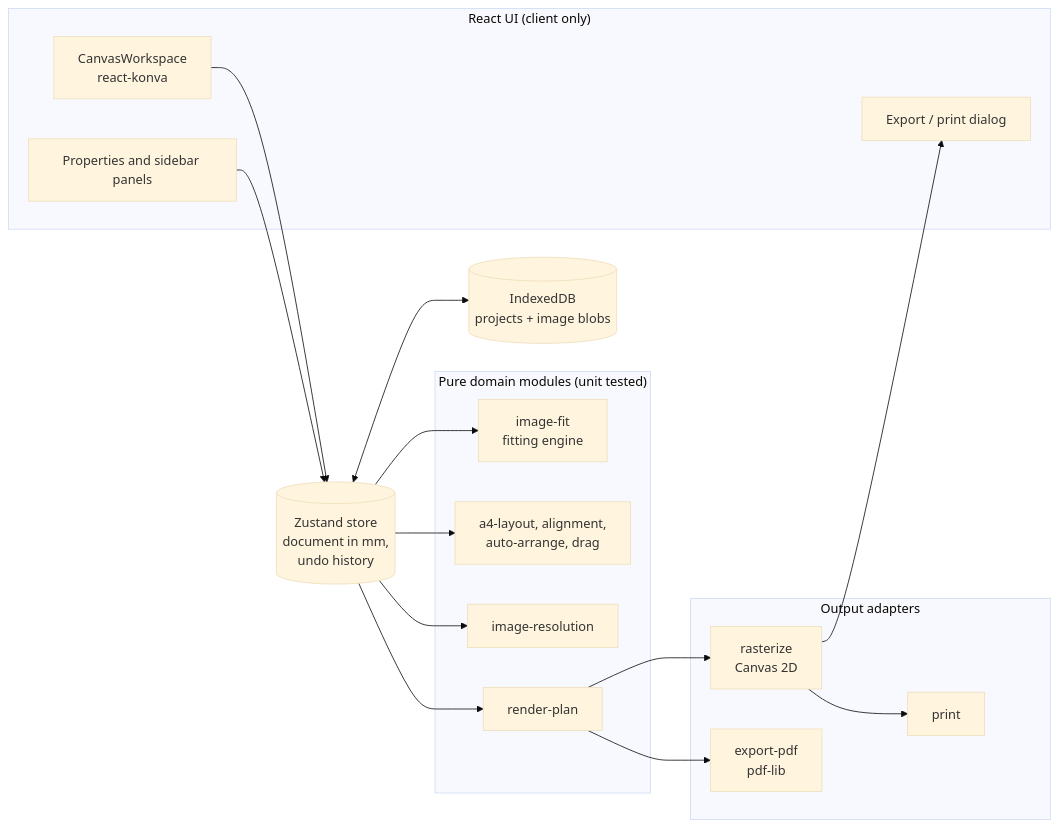
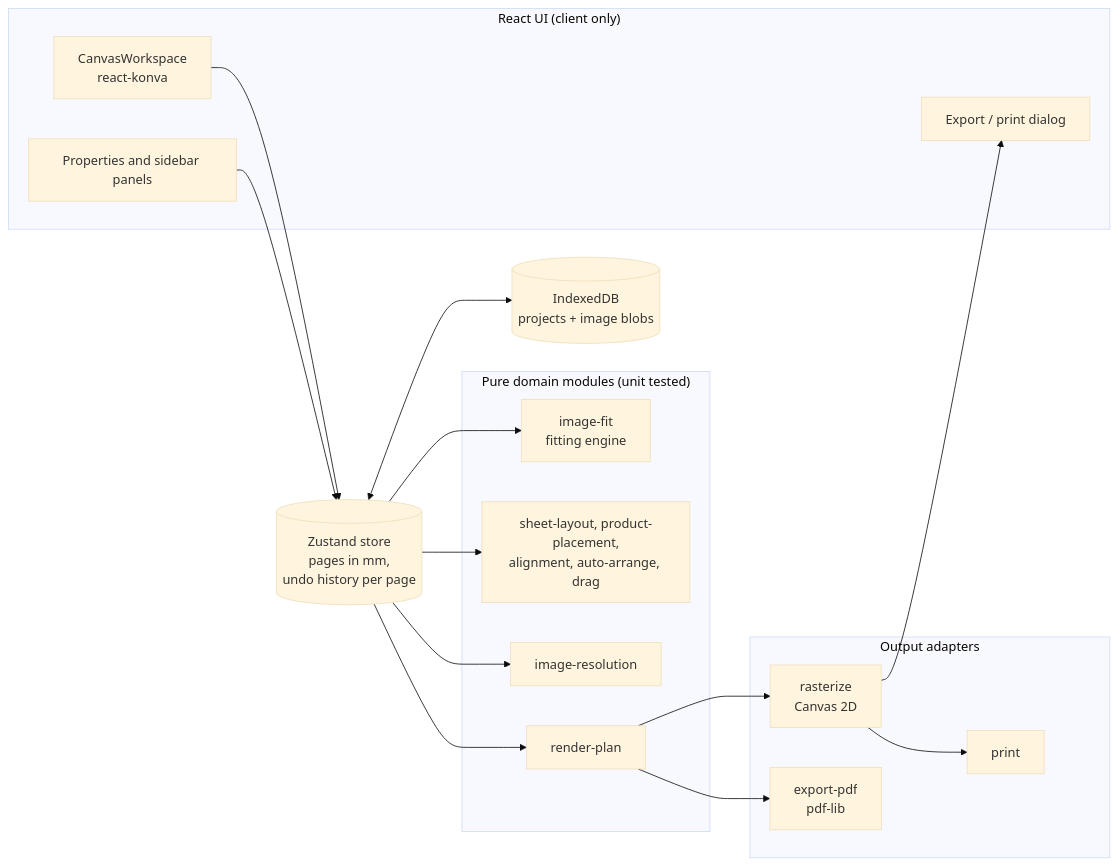
Before and after one commit to satyaidk/Sheetfit: the diagram in README.md, drawn with Mermaid (base theme). The commit also changed other lines of this file and 112 other files, not shown here.

````diff
--- a/README.md
+++ b/README.md
@@ -51,30 +70,30 @@
 ```mermaid
 flowchart LR
   subgraph UI["React UI (client only)"]
     WS[CanvasWorkspace<br/>react-konva]
     PP[Properties and sidebar panels]
     ED[Export / print dialog]
   end
-  ST[(Zustand store<br/>document in mm,<br/>undo history)]
+  ST[(Zustand store<br/>pages in mm,<br/>undo history per page)]
   subgraph LIB["Pure domain modules (unit tested)"]
     FIT[image-fit<br/>fitting engine]
-    LAY[a4-layout, alignment,<br/>auto-arrange, drag]
+    LAY[sheet-layout, product-placement,<br/>alignment, auto-arrange, drag]
     RES[image-resolution]
     PLAN[render-plan]
   end
   subgraph OUT["Output adapters"]
     RAS[rasterize<br/>Canvas 2D]
     PDF[export-pdf<br/>pdf-lib]
     PRN[print]
   end
   IDB[(IndexedDB<br/>projects + image blobs)]
 
   WS --> ST
   PP --> ST
   ST --> FIT & LAY & RES
   ST --> PLAN
   PLAN --> RAS --> ED
   PLAN --> PDF
   RAS --> PRN
   ST <--> IDB
 ```
````
